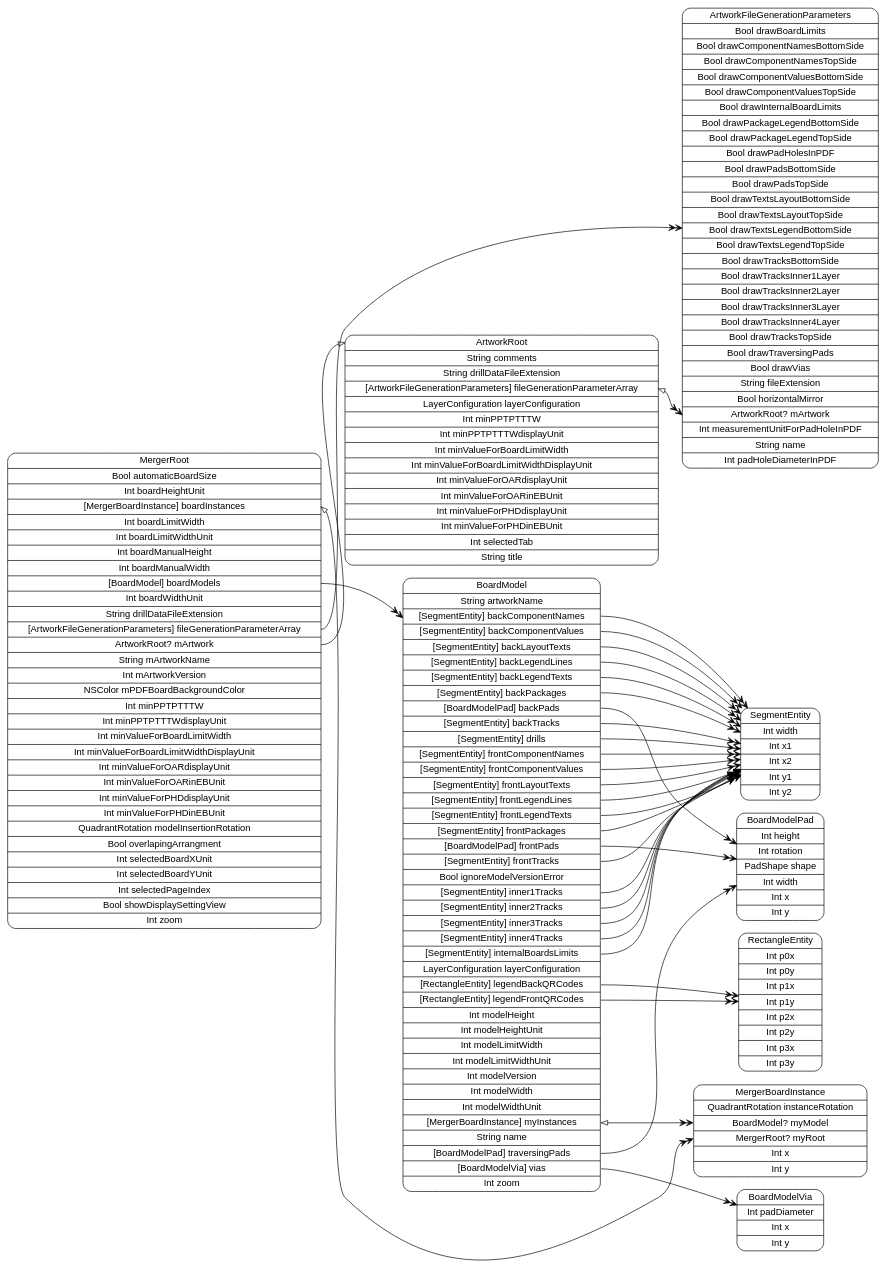
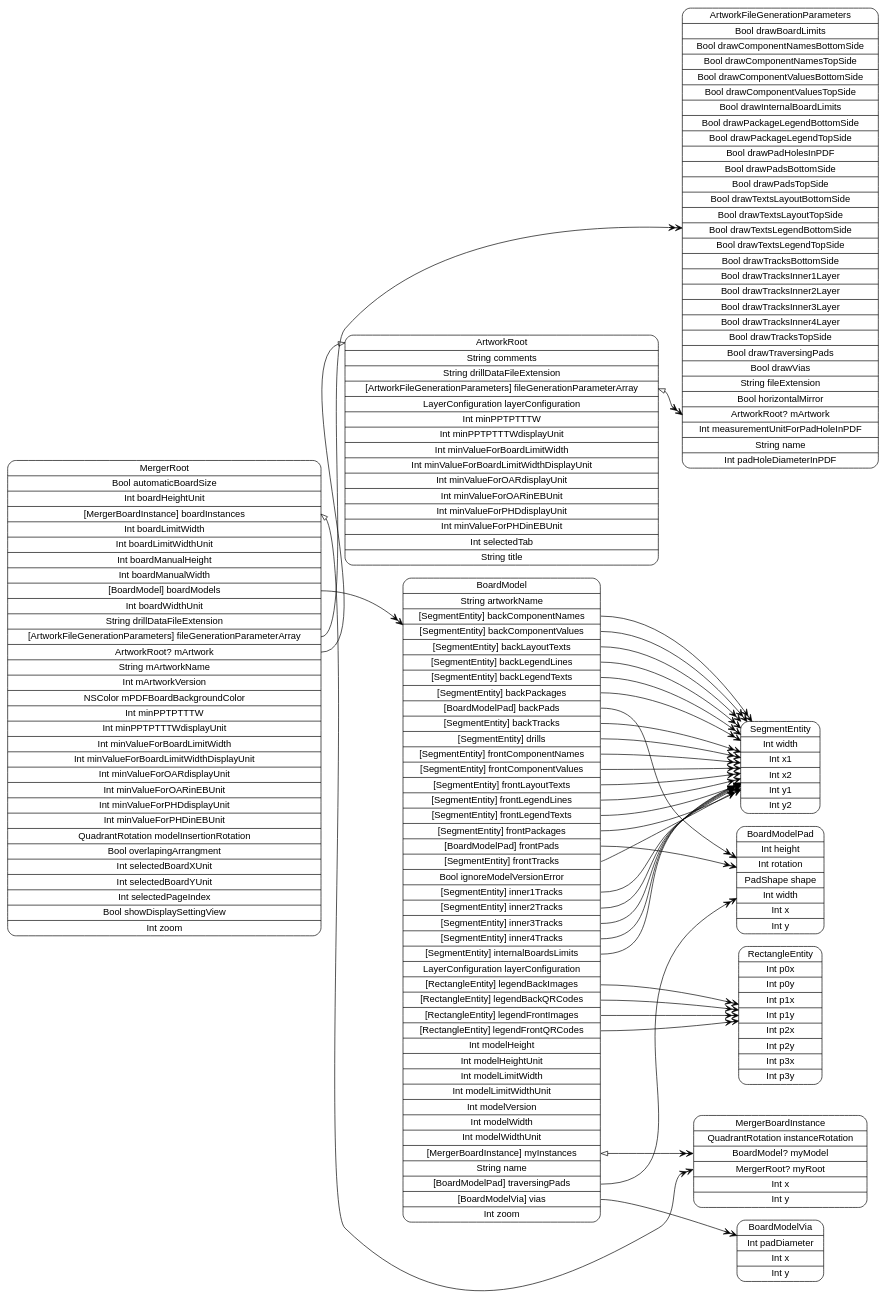
One commit to pierremolinaro/ElCanari-dev changed the diagram in models/graph-MergerRoot.dot. Above: the diagram before and after it, drawn with Graphviz. The commit also changed 21 other files, not shown here.

```diff
--- a/models/graph-MergerRoot.dot
+++ b/models/graph-MergerRoot.dot
@@ -1,45 +1,47 @@
 digraph G {
   rankdir=LR ;
   node [shape=record fontname=helvetica style=rounded] ;
   MergerRoot[label="<MergerRoot>MergerRoot|Bool automaticBoardSize|Int boardHeightUnit|<boardInstances>[MergerBoardInstance] boardInstances|Int boardLimitWidth|Int boardLimitWidthUnit|Int boardManualHeight|Int boardManualWidth|<boardModels>[BoardModel] boardModels|Int boardWidthUnit|String drillDataFileExtension|<fileGenerationParameterArray>[ArtworkFileGenerationParameters] fileGenerationParameterArray|<mArtwork>ArtworkRoot? mArtwork|String mArtworkName|Int mArtworkVersion|NSColor mPDFBoardBackgroundColor|Int minPPTPTTTW|Int minPPTPTTTWdisplayUnit|Int minValueForBoardLimitWidth|Int minValueForBoardLimitWidthDisplayUnit|Int minValueForOARdisplayUnit|Int minValueForOARinEBUnit|Int minValueForPHDdisplayUnit|Int minValueForPHDinEBUnit|QuadrantRotation modelInsertionRotation|Bool overlapingArrangment|Int selectedBoardXUnit|Int selectedBoardYUnit|Int selectedPageIndex|Bool showDisplaySettingView|Int zoom"] ;
   ArtworkRoot[label="<ArtworkRoot>ArtworkRoot|String comments|String drillDataFileExtension|<fileGenerationParameterArray>[ArtworkFileGenerationParameters] fileGenerationParameterArray|LayerConfiguration layerConfiguration|Int minPPTPTTTW|Int minPPTPTTTWdisplayUnit|Int minValueForBoardLimitWidth|Int minValueForBoardLimitWidthDisplayUnit|Int minValueForOARdisplayUnit|Int minValueForOARinEBUnit|Int minValueForPHDdisplayUnit|Int minValueForPHDinEBUnit|Int selectedTab|String title"] ;
   ArtworkFileGenerationParameters[label="<ArtworkFileGenerationParameters>ArtworkFileGenerationParameters|Bool drawBoardLimits|Bool drawComponentNamesBottomSide|Bool drawComponentNamesTopSide|Bool drawComponentValuesBottomSide|Bool drawComponentValuesTopSide|Bool drawInternalBoardLimits|Bool drawPackageLegendBottomSide|Bool drawPackageLegendTopSide|Bool drawPadHolesInPDF|Bool drawPadsBottomSide|Bool drawPadsTopSide|Bool drawTextsLayoutBottomSide|Bool drawTextsLayoutTopSide|Bool drawTextsLegendBottomSide|Bool drawTextsLegendTopSide|Bool drawTracksBottomSide|Bool drawTracksInner1Layer|Bool drawTracksInner2Layer|Bool drawTracksInner3Layer|Bool drawTracksInner4Layer|Bool drawTracksTopSide|Bool drawTraversingPads|Bool drawVias|String fileExtension|Bool horizontalMirror|<mArtwork>ArtworkRoot? mArtwork|Int measurementUnitForPadHoleInPDF|String name|Int padHoleDiameterInPDF"] ;
-  BoardModel[label="<BoardModel>BoardModel|String artworkName|<backComponentNames>[SegmentEntity] backComponentNames|<backComponentValues>[SegmentEntity] backComponentValues|<backLayoutTexts>[SegmentEntity] backLayoutTexts|<backLegendLines>[SegmentEntity] backLegendLines|<backLegendTexts>[SegmentEntity] backLegendTexts|<backPackages>[SegmentEntity] backPackages|<backPads>[BoardModelPad] backPads|<backTracks>[SegmentEntity] backTracks|<drills>[SegmentEntity] drills|<frontComponentNames>[SegmentEntity] frontComponentNames|<frontComponentValues>[SegmentEntity] frontComponentValues|<frontLayoutTexts>[SegmentEntity] frontLayoutTexts|<frontLegendLines>[SegmentEntity] frontLegendLines|<frontLegendTexts>[SegmentEntity] frontLegendTexts|<frontPackages>[SegmentEntity] frontPackages|<frontPads>[BoardModelPad] frontPads|<frontTracks>[SegmentEntity] frontTracks|Bool ignoreModelVersionError|<inner1Tracks>[SegmentEntity] inner1Tracks|<inner2Tracks>[SegmentEntity] inner2Tracks|<inner3Tracks>[SegmentEntity] inner3Tracks|<inner4Tracks>[SegmentEntity] inner4Tracks|<internalBoardsLimits>[SegmentEntity] internalBoardsLimits|LayerConfiguration layerConfiguration|<legendBackQRCodes>[RectangleEntity] legendBackQRCodes|<legendFrontQRCodes>[RectangleEntity] legendFrontQRCodes|Int modelHeight|Int modelHeightUnit|Int modelLimitWidth|Int modelLimitWidthUnit|Int modelVersion|Int modelWidth|Int modelWidthUnit|<myInstances>[MergerBoardInstance] myInstances|String name|<traversingPads>[BoardModelPad] traversingPads|<vias>[BoardModelVia] vias|Int zoom"] ;
+  BoardModel[label="<BoardModel>BoardModel|String artworkName|<backComponentNames>[SegmentEntity] backComponentNames|<backComponentValues>[SegmentEntity] backComponentValues|<backLayoutTexts>[SegmentEntity] backLayoutTexts|<backLegendLines>[SegmentEntity] backLegendLines|<backLegendTexts>[SegmentEntity] backLegendTexts|<backPackages>[SegmentEntity] backPackages|<backPads>[BoardModelPad] backPads|<backTracks>[SegmentEntity] backTracks|<drills>[SegmentEntity] drills|<frontComponentNames>[SegmentEntity] frontComponentNames|<frontComponentValues>[SegmentEntity] frontComponentValues|<frontLayoutTexts>[SegmentEntity] frontLayoutTexts|<frontLegendLines>[SegmentEntity] frontLegendLines|<frontLegendTexts>[SegmentEntity] frontLegendTexts|<frontPackages>[SegmentEntity] frontPackages|<frontPads>[BoardModelPad] frontPads|<frontTracks>[SegmentEntity] frontTracks|Bool ignoreModelVersionError|<inner1Tracks>[SegmentEntity] inner1Tracks|<inner2Tracks>[SegmentEntity] inner2Tracks|<inner3Tracks>[SegmentEntity] inner3Tracks|<inner4Tracks>[SegmentEntity] inner4Tracks|<internalBoardsLimits>[SegmentEntity] internalBoardsLimits|LayerConfiguration layerConfiguration|<legendBackImages>[RectangleEntity] legendBackImages|<legendBackQRCodes>[RectangleEntity] legendBackQRCodes|<legendFrontImages>[RectangleEntity] legendFrontImages|<legendFrontQRCodes>[RectangleEntity] legendFrontQRCodes|Int modelHeight|Int modelHeightUnit|Int modelLimitWidth|Int modelLimitWidthUnit|Int modelVersion|Int modelWidth|Int modelWidthUnit|<myInstances>[MergerBoardInstance] myInstances|String name|<traversingPads>[BoardModelPad] traversingPads|<vias>[BoardModelVia] vias|Int zoom"] ;
   BoardModelVia[label="<BoardModelVia>BoardModelVia|Int padDiameter|Int x|Int y"] ;
   RectangleEntity[label="<RectangleEntity>RectangleEntity|Int p0x|Int p0y|Int p1x|Int p1y|Int p2x|Int p2y|Int p3x|Int p3y"] ;
   BoardModelPad[label="<BoardModelPad>BoardModelPad|Int height|Int rotation|PadShape shape|Int width|Int x|Int y"] ;
   SegmentEntity[label="<SegmentEntity>SegmentEntity|Int width|Int x1|Int x2|Int y1|Int y2"] ;
   MergerBoardInstance[label="<MergerBoardInstance>MergerBoardInstance|QuadrantRotation instanceRotation|<myModel>BoardModel? myModel|<myRoot>MergerRoot? myRoot|Int x|Int y"] ;
   MergerRoot:boardInstances -> MergerBoardInstance:myRoot [dir=both arrowtail=onormal arrowhead=veevee] ;
   MergerRoot:boardModels -> BoardModel [dir=both arrowtail=none arrowhead=veevee] ;
   MergerRoot:fileGenerationParameterArray -> ArtworkFileGenerationParameters [dir=both arrowtail=none arrowhead=veevee] ;
   MergerRoot:mArtwork -> ArtworkRoot:ArtworkRoot [dir=both arrowtail=none arrowhead=onormal] ;
   ArtworkRoot:fileGenerationParameterArray -> ArtworkFileGenerationParameters:mArtwork [dir=both arrowtail=onormal arrowhead=veevee] ;
   BoardModel:backComponentNames -> SegmentEntity [dir=both arrowtail=none arrowhead=veevee] ;
   BoardModel:backComponentValues -> SegmentEntity [dir=both arrowtail=none arrowhead=veevee] ;
   BoardModel:backLayoutTexts -> SegmentEntity [dir=both arrowtail=none arrowhead=veevee] ;
   BoardModel:backLegendLines -> SegmentEntity [dir=both arrowtail=none arrowhead=veevee] ;
   BoardModel:backLegendTexts -> SegmentEntity [dir=both arrowtail=none arrowhead=veevee] ;
   BoardModel:backPackages -> SegmentEntity [dir=both arrowtail=none arrowhead=veevee] ;
   BoardModel:backPads -> BoardModelPad [dir=both arrowtail=none arrowhead=veevee] ;
   BoardModel:backTracks -> SegmentEntity [dir=both arrowtail=none arrowhead=veevee] ;
   BoardModel:drills -> SegmentEntity [dir=both arrowtail=none arrowhead=veevee] ;
   BoardModel:frontComponentNames -> SegmentEntity [dir=both arrowtail=none arrowhead=veevee] ;
   BoardModel:frontComponentValues -> SegmentEntity [dir=both arrowtail=none arrowhead=veevee] ;
   BoardModel:frontLayoutTexts -> SegmentEntity [dir=both arrowtail=none arrowhead=veevee] ;
   BoardModel:frontLegendLines -> SegmentEntity [dir=both arrowtail=none arrowhead=veevee] ;
   BoardModel:frontLegendTexts -> SegmentEntity [dir=both arrowtail=none arrowhead=veevee] ;
   BoardModel:frontPackages -> SegmentEntity [dir=both arrowtail=none arrowhead=veevee] ;
   BoardModel:frontPads -> BoardModelPad [dir=both arrowtail=none arrowhead=veevee] ;
   BoardModel:frontTracks -> SegmentEntity [dir=both arrowtail=none arrowhead=veevee] ;
   BoardModel:inner1Tracks -> SegmentEntity [dir=both arrowtail=none arrowhead=veevee] ;
   BoardModel:inner2Tracks -> SegmentEntity [dir=both arrowtail=none arrowhead=veevee] ;
   BoardModel:inner3Tracks -> SegmentEntity [dir=both arrowtail=none arrowhead=veevee] ;
   BoardModel:inner4Tracks -> SegmentEntity [dir=both arrowtail=none arrowhead=veevee] ;
   BoardModel:internalBoardsLimits -> SegmentEntity [dir=both arrowtail=none arrowhead=veevee] ;
+  BoardModel:legendBackImages -> RectangleEntity [dir=both arrowtail=none arrowhead=veevee] ;
   BoardModel:legendBackQRCodes -> RectangleEntity [dir=both arrowtail=none arrowhead=veevee] ;
+  BoardModel:legendFrontImages -> RectangleEntity [dir=both arrowtail=none arrowhead=veevee] ;
   BoardModel:legendFrontQRCodes -> RectangleEntity [dir=both arrowtail=none arrowhead=veevee] ;
   BoardModel:myInstances -> MergerBoardInstance:myModel [dir=both arrowtail=onormal arrowhead=veevee] ;
   BoardModel:traversingPads -> BoardModelPad [dir=both arrowtail=none arrowhead=veevee] ;
   BoardModel:vias -> BoardModelVia [dir=both arrowtail=none arrowhead=veevee] ;
 }
```
